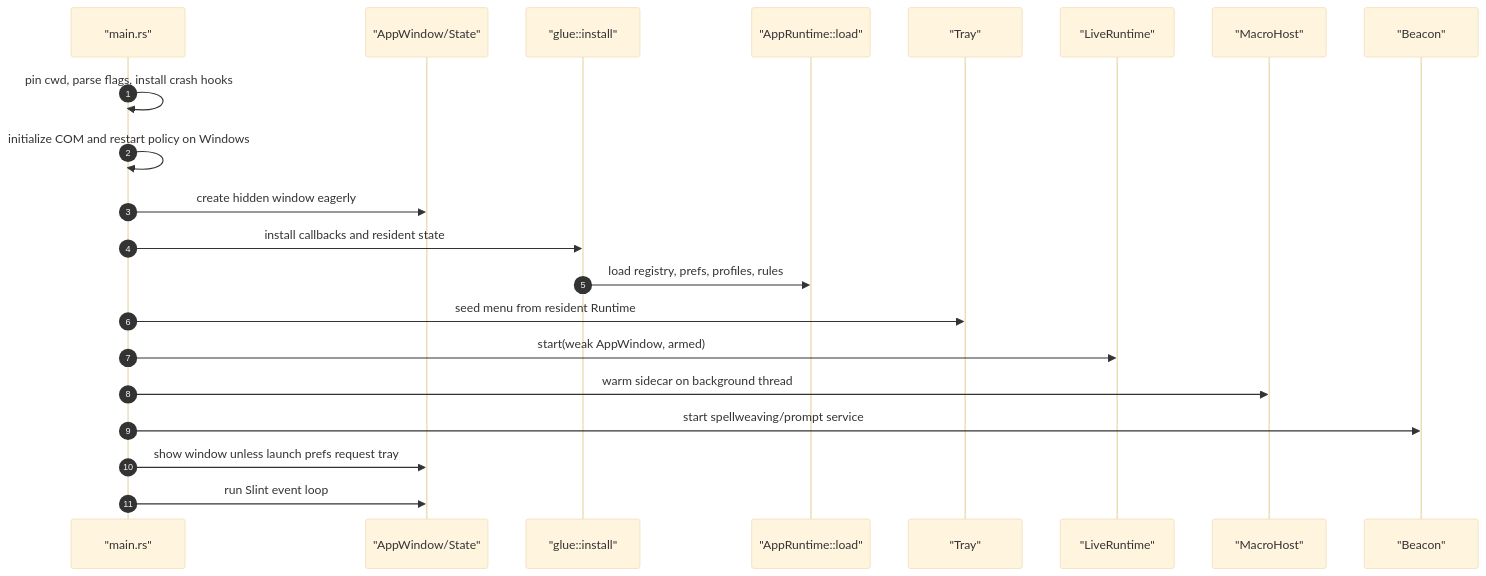
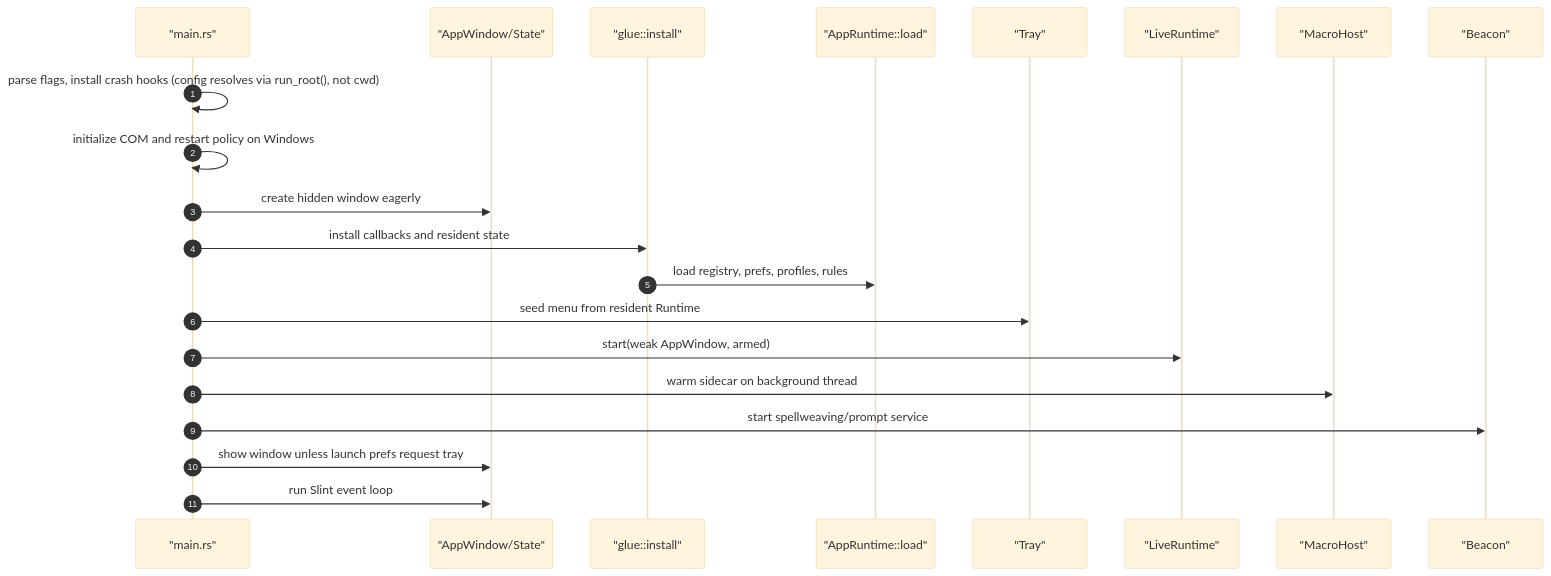
One commit to worflor/neuron changed the second of 6 diagrams in docs/TDD.md. Above: the diagram before and after it, drawn with Mermaid (base theme). The commit also changed 26 other files, not shown here.

First line of the commit message:
Anchor all runtime config to one run root shared by every binary

````diff
--- a/docs/TDD.md
+++ b/docs/TDD.md
@@ -183,24 +183,24 @@
 ```mermaid
 sequenceDiagram
     autonumber
     participant Main as "main.rs"
     participant App as "AppWindow/State"
     participant Glue as "glue::install"
     participant Runtime as "AppRuntime::load"
     participant Tray as "Tray"
     participant Live as "LiveRuntime"
     participant Macro as "MacroHost"
     participant Beacon as "Beacon"
 
-    Main->>Main: pin cwd, parse flags, install crash hooks
+    Main->>Main: parse flags, install crash hooks (config resolves via run_root(), not cwd)
     Main->>Main: initialize COM and restart policy on Windows
     Main->>App: create hidden window eagerly
     Main->>Glue: install callbacks and resident state
     Glue->>Runtime: load registry, prefs, profiles, rules
     Main->>Tray: seed menu from resident Runtime
     Main->>Live: start(weak AppWindow, armed)
     Main->>Macro: warm sidecar on background thread
     Main->>Beacon: start spellweaving/prompt service
     Main->>App: show window unless launch prefs request tray
     Main->>App: run Slint event loop
 ```
````
